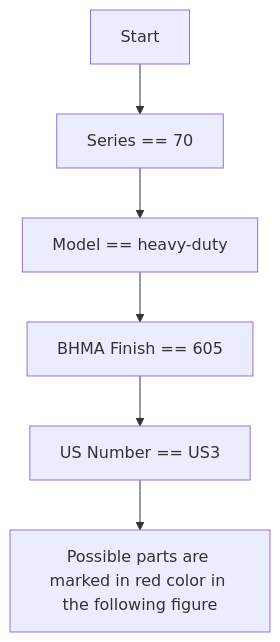
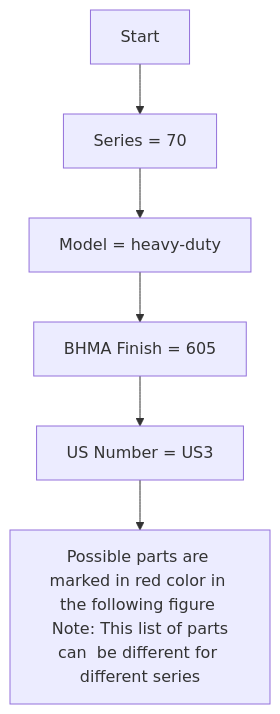
The fourth of 4 diagrams in README.md (alokdas81/diamond-pricebook-diagram), drawn with Mermaid before and after one commit. The commit also changed other lines of this file, not shown here.

````diff
--- a/README.md
+++ b/README.md
@@ -316,6 +326,6 @@
 ```mermaid
 flowchart TD
 
-A[Start] --> B[Series == 70] --> C[Model == heavy-duty]
-C --> D[BHMA Finish == 605] --> E[US Number == US3] --> F[Possible parts are marked in red color in the following figure]
+A[Start] --> B[Series = 70] --> C[Model = heavy-duty]
+C --> D[BHMA Finish = 605] --> E[US Number = US3] --> F[Possible parts are marked in red color in the following figure \n Note: This list of parts can  be different for different series]
 ```
````
